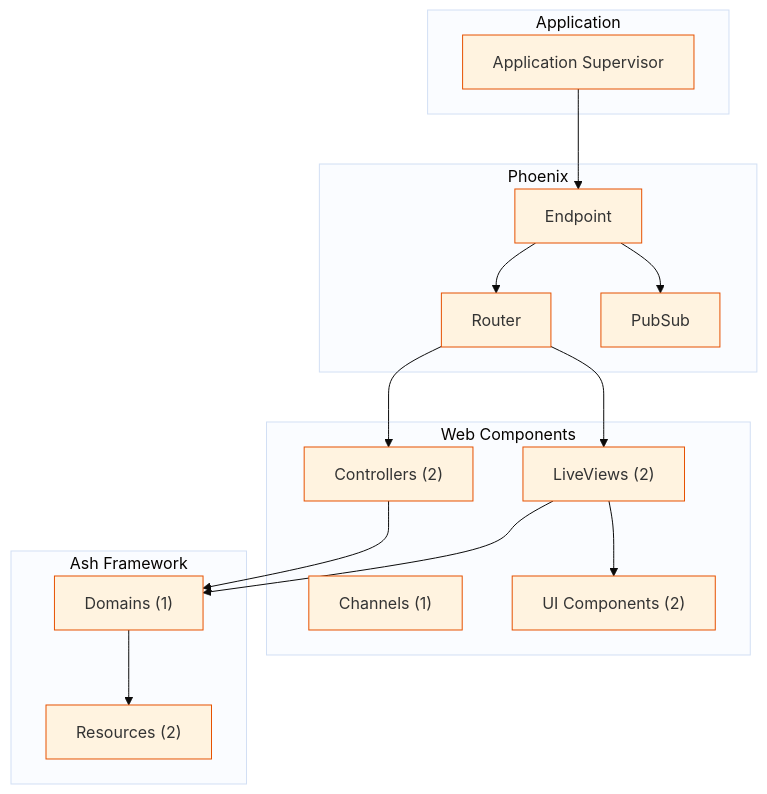
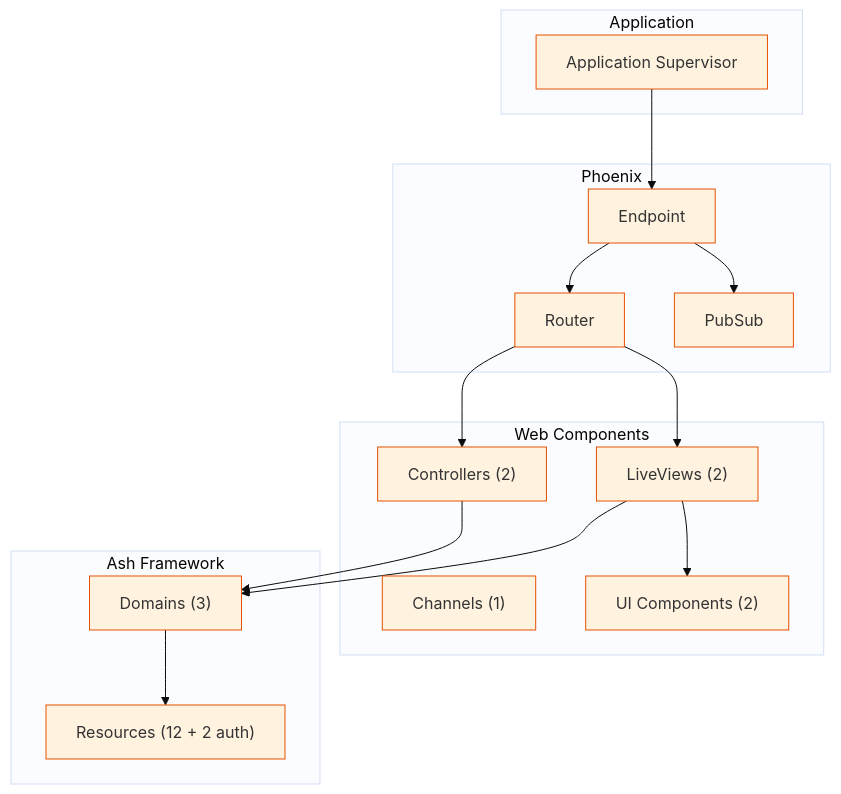
Before and after one commit to chops/sdr_agent: the diagram in docs/architecture/components.md, drawn with Mermaid. The commit also changed 6 other files, not shown here.

Commit message:
S3: update architecture diagrams and record implementation notes

````diff
--- a/docs/architecture/components.md
+++ b/docs/architecture/components.md
@@ -9,35 +9,35 @@
 ```mermaid
 %%{init: {'theme': 'base', 'themeVariables': { 'primaryColor': '#fff3e0', 'primaryBorderColor': '#e65100'}}}%%
 graph TB
     subgraph Application["Application"]
         App[Application Supervisor]
     end
 
     subgraph Phoenix["Phoenix"]
         Endpoint[Endpoint]
         Router[Router]
         PubSub[PubSub]
     end
 
     subgraph Web["Web Components"]
         Controllers["Controllers (2)"]
         LiveViews["LiveViews (2)"]
         Channels["Channels (1)"]
         UIComponents["UI Components (2)"]
     end
 
     subgraph Ash["Ash Framework"]
-        Domains["Domains (1)"]
-        Resources["Resources (2)"]
+        Domains["Domains (3)"]
+        Resources["Resources (12 + 2 auth)"]
     end
 
     App --> Endpoint
     Endpoint --> Router
     Endpoint --> PubSub
     Router --> Controllers
     Router --> LiveViews
     LiveViews --> UIComponents
     Controllers --> Domains
     LiveViews --> Domains
     Domains --> Resources
 ```
````
